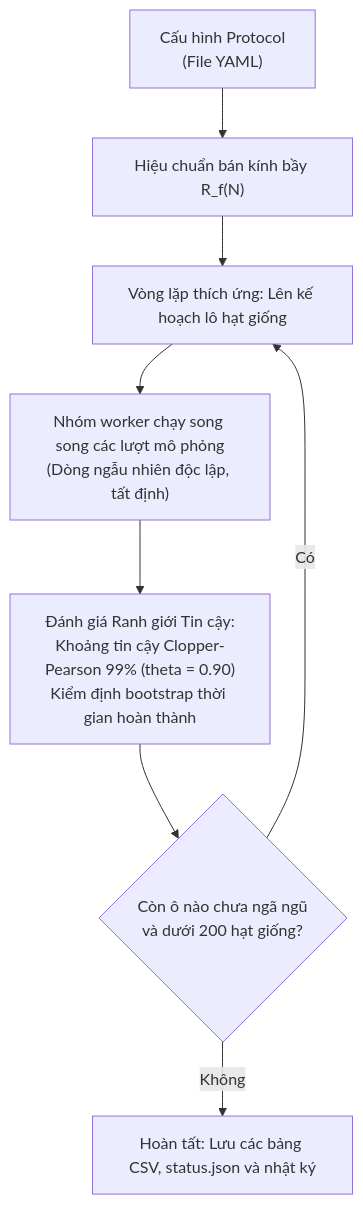
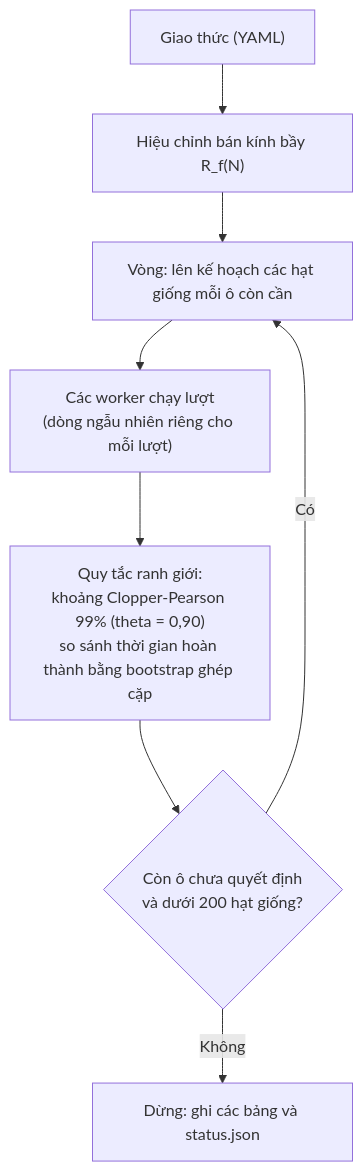
One commit to lykimq/HerdSim changed the diagram in docs/experiments/task_design_vi.md. Above: the diagram before and after it, drawn with Mermaid. The commit also changed other lines of this file and 17 other files, not shown here.

Commit message:
update the figure for lama

````diff
--- a/docs/experiments/task_design_vi.md
+++ b/docs/experiments/task_design_vi.md
@@ -142,11 +149,11 @@
 ```mermaid
 flowchart TD
-    P["Cấu hình Protocol<br/>(File YAML)"] --> CAL["Hiệu chuẩn bán kính bầy R_f(N)"]
-    CAL --> R["Vòng lặp thích ứng: Lên kế hoạch lô hạt giống"]
-    R --> W["Nhóm worker chạy song song các lượt mô phỏng<br/>(Dòng ngẫu nhiên độc lập, tất định)"]
-    W --> F["Đánh giá Ranh giới Tin cậy:<br/>Khoảng tin cậy Clopper-Pearson 99% (theta = 0.90)<br/>Kiểm định bootstrap thời gian hoàn thành"]
-    Q{"Còn ô nào chưa ngã ngũ<br/>và dưới 200 hạt giống?"}
+    P["Giao thức (YAML)"] --> CAL["Hiệu chỉnh bán kính bầy R_f(N)"]
+    CAL --> R["Vòng: lên kế hoạch các hạt giống mỗi ô còn cần"]
+    R --> W["Các worker chạy lượt<br/>(dòng ngẫu nhiên riêng cho mỗi lượt)"]
+    W --> F["Quy tắc ranh giới:<br/>khoảng Clopper-Pearson 99% (theta = 0,90)<br/>so sánh thời gian hoàn thành bằng bootstrap ghép cặp"]
+    Q{"Còn ô chưa quyết định<br/>và dưới 200 hạt giống?"}
     F --> Q
     Q -- Có --> R
-    Q -- Không --> S["Hoàn tất: Lưu các bảng CSV, status.json và nhật ký"]
+    Q -- Không --> S["Dừng: ghi các bảng và status.json"]
 ```
````
